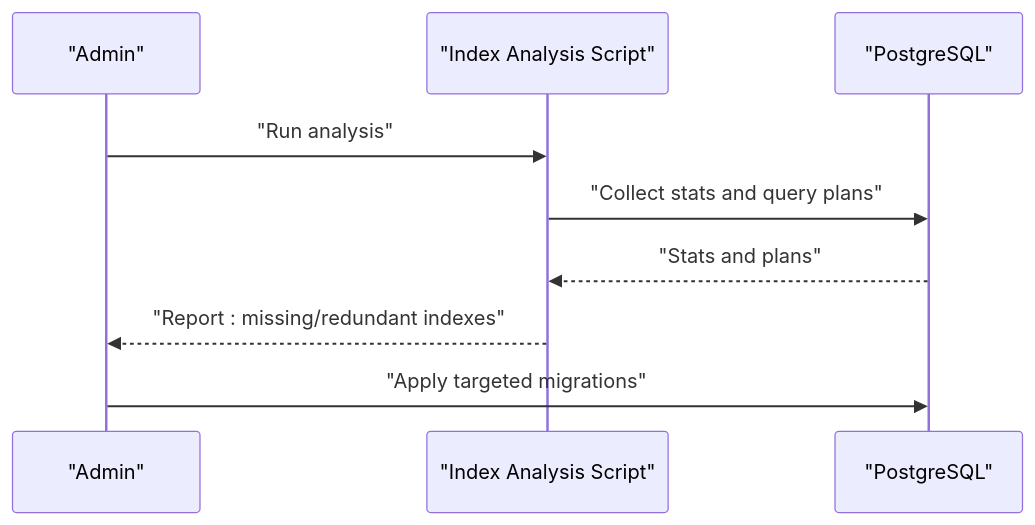
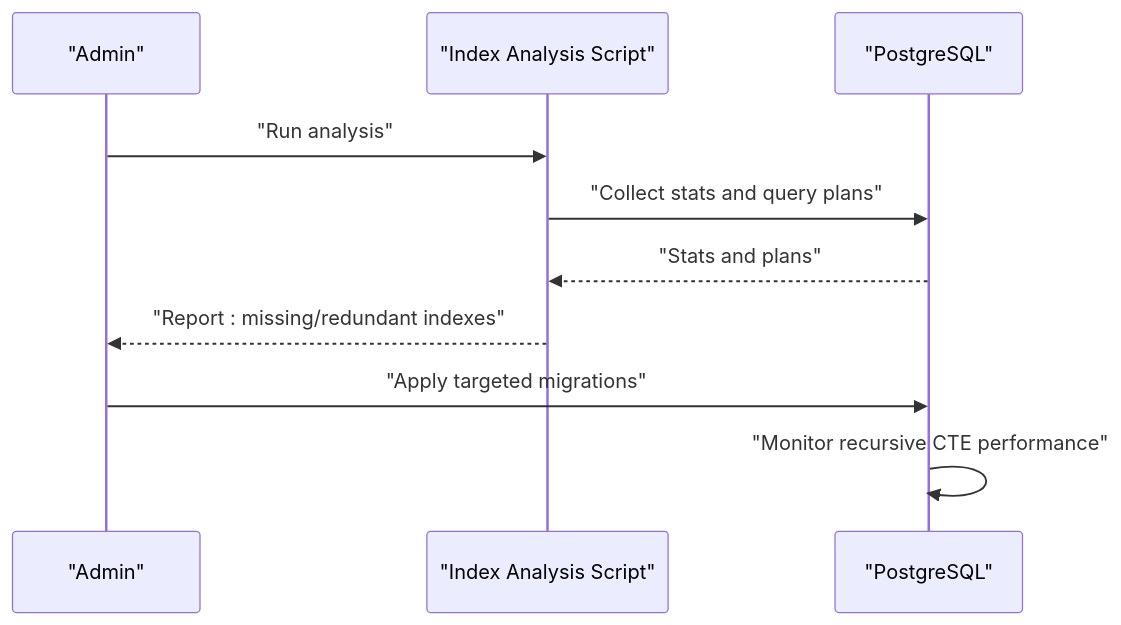
Before and after one commit to franckylab/eLISAschool: the fifth of 11 diagrams in .qoder/repowiki/en/content/Troubleshooting & FAQ/Performance Optimization & Troubleshooting/Performance Optimization & Troubleshooting.md, drawn with Mermaid. The commit also changed other lines of this file and 134 other files, not shown here.

````diff
--- a/.qoder/repowiki/en/content/Troubleshooting & FAQ/Performance Optimization & Troubleshooting/Performance Optimization & Troubleshooting.md
+++ b/.qoder/repowiki/en/content/Troubleshooting & FAQ/Performance Optimization & Troubleshooting/Performance Optimization & Troubleshooting.md
@@ -165,11 +212,12 @@
 ```mermaid
 sequenceDiagram
 participant Admin as "Admin"
 participant Script as "Index Analysis Script"
 participant DB as "PostgreSQL"
 Admin->>Script : "Run analysis"
 Script->>DB : "Collect stats and query plans"
 DB-->>Script : "Stats and plans"
 Script-->>Admin : "Report : missing/redundant indexes"
 Admin->>DB : "Apply targeted migrations"
+DB->>DB : "Monitor recursive CTE performance"
 ```
````
